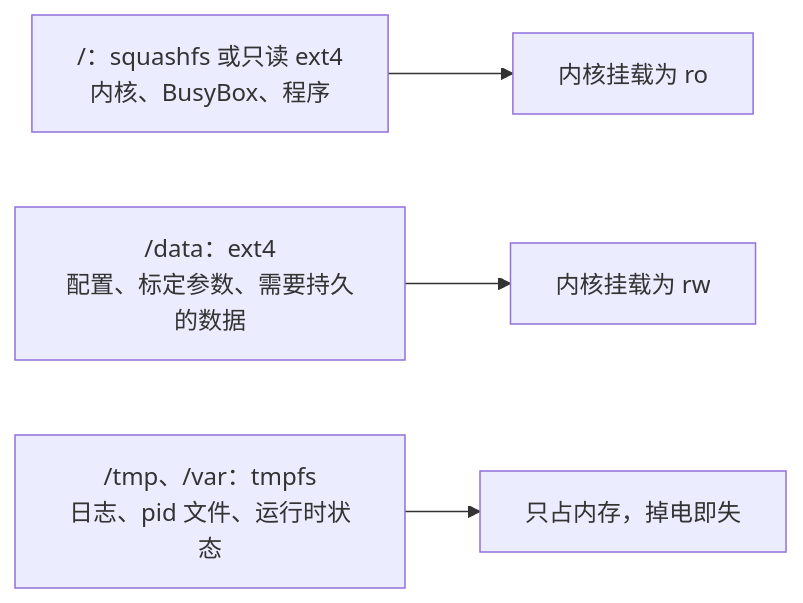
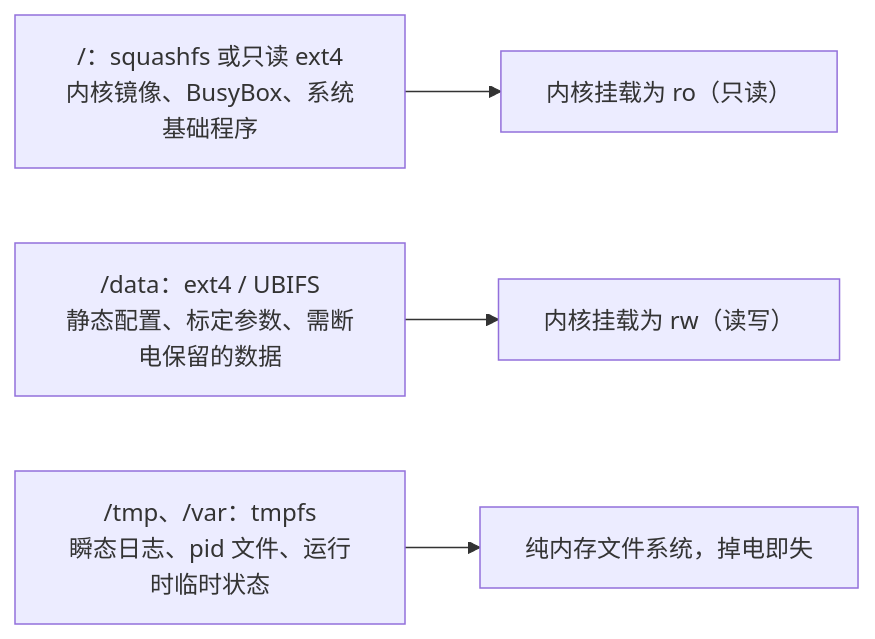
One commit to Mdr-C-Tutorial/C changed the second of 2 diagrams in docs/教程/正文/嵌入式/5_嵌入式Linux/5_10_用户空间服务_部署与调试.md. Above: the diagram before and after it, drawn with Mermaid. The commit also changed other lines of this file and 188 other files, not shown here.

````diff
--- a/docs/教程/正文/嵌入式/5_嵌入式Linux/5_10_用户空间服务_部署与调试.md
+++ b/docs/教程/正文/嵌入式/5_嵌入式Linux/5_10_用户空间服务_部署与调试.md
@@ -431,6 +429,6 @@
 ```mermaid
 flowchart LR
-    R["/：squashfs 或只读 ext4<br/>内核、BusyBox、程序"] --> M["内核挂载为 ro"]
-    D["/data：ext4<br/>配置、标定参数、需要持久的数据"] --> W["内核挂载为 rw"]
-    T["/tmp、/var：tmpfs<br/>日志、pid 文件、运行时状态"] --> RAM["只占内存，掉电即失"]
+    R["/：squashfs 或只读 ext4<br/>内核镜像、BusyBox、系统基础程序"] --> M["内核挂载为 ro（只读）"]
+    D["/data：ext4 / UBIFS<br/>静态配置、标定参数、需断电保留的数据"] --> W["内核挂载为 rw（读写）"]
+    T["/tmp、/var：tmpfs<br/>瞬态日志、pid 文件、运行时临时状态"] --> RAM["纯内存文件系统，掉电即失"]
 ```
````
